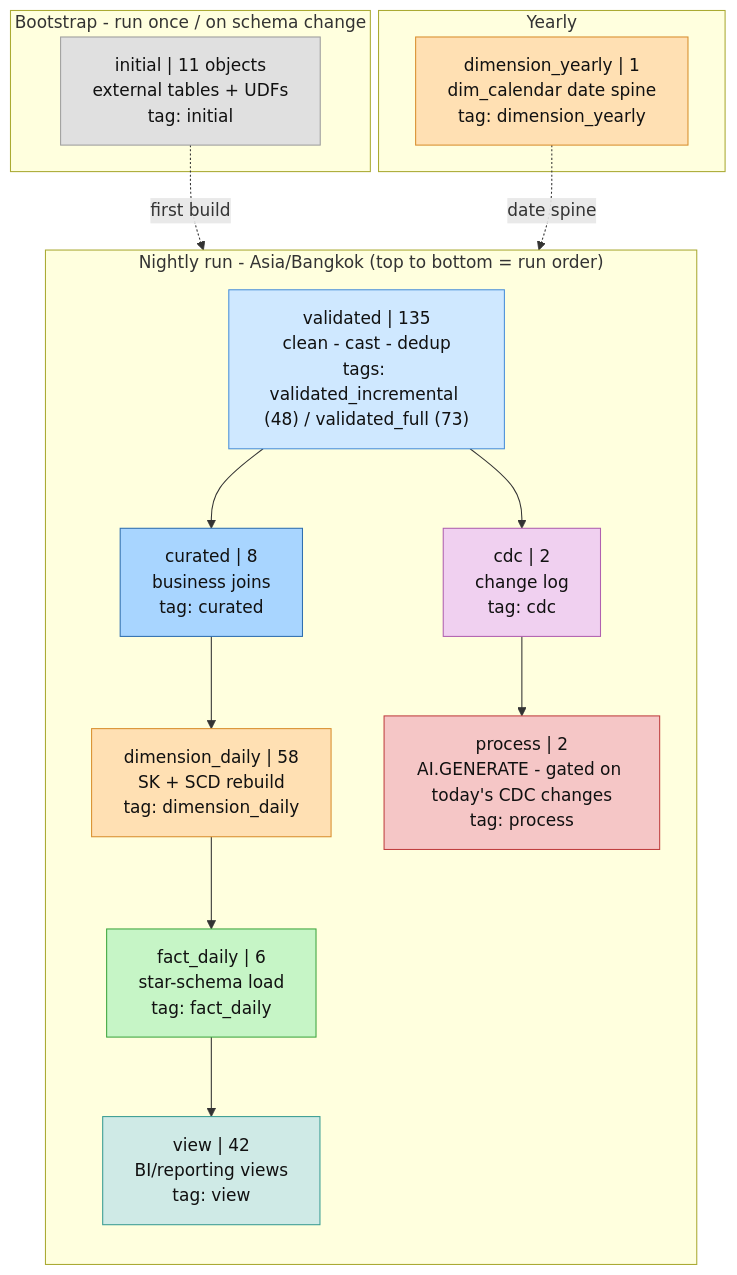
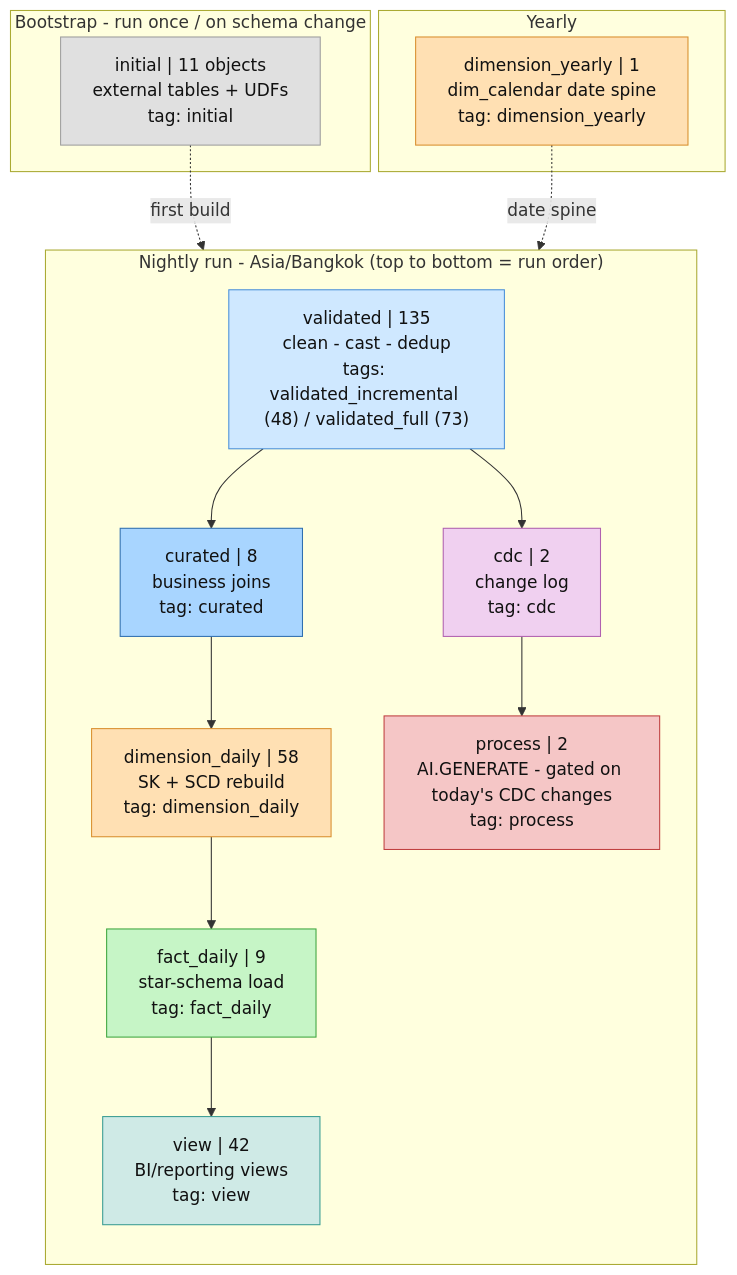
Before and after one commit to warayut-ALL-IN-AI/data-buffet: the second of 6 diagrams in document/diagrams/pipeline_lineage.md, drawn with Mermaid. The commit also changed other lines of this file and 2 other files, not shown here.

````diff
--- a/document/diagrams/pipeline_lineage.md
+++ b/document/diagrams/pipeline_lineage.md
@@ -73,43 +73,43 @@
 ```mermaid
 flowchart TB
   subgraph boot["Bootstrap - run once / on schema change"]
     I["initial | 11 objects<br/>external tables + UDFs<br/>tag: initial"]
   end
 
   subgraph nightly["Nightly run - Asia/Bangkok (top to bottom = run order)"]
     direction TB
     V["validated | 135<br/>clean - cast - dedup<br/>tags: validated_incremental (48) / validated_full (73)"]
     C["curated | 8<br/>business joins<br/>tag: curated"]
     D["dimension_daily | 58<br/>SK + SCD rebuild<br/>tag: dimension_daily"]
-    Fd["fact_daily | 6<br/>star-schema load<br/>tag: fact_daily"]
+    Fd["fact_daily | 9<br/>star-schema load<br/>tag: fact_daily"]
     Vw["view | 42<br/>BI/reporting views<br/>tag: view"]
     CDC["cdc | 2<br/>change log<br/>tag: cdc"]
     P["process | 2<br/>AI.GENERATE - gated on today's CDC changes<br/>tag: process"]
     V --> C --> D --> Fd --> Vw
     V --> CDC --> P
   end
 
   subgraph yearly["Yearly"]
     Dy["dimension_yearly | 1<br/>dim_calendar date spine<br/>tag: dimension_yearly"]
   end
 
   I -.->|first build| V
   Dy -.->|date spine| D
 
   classDef boot fill:#e0e0e0,stroke:#9e9e9e,color:#111;
   classDef val fill:#cfe8ff,stroke:#4a90d9,color:#111;
   classDef cur fill:#a8d5ff,stroke:#2f6fb0,color:#111;
   classDef dim fill:#ffe0b3,stroke:#d98f2f,color:#111;
   classDef fct fill:#c6f5c6,stroke:#3fa63f,color:#111;
   classDef vw fill:#cfeae6,stroke:#3a9d94,color:#111;
   classDef cdc fill:#f0d0f0,stroke:#b060b0,color:#111;
   classDef proc fill:#f5c6c6,stroke:#c04040,color:#111;
   class I boot;
   class V val;
   class C cur;
   class D,Dy dim;
   class Fd fct;
   class Vw vw;
   class CDC cdc;
   class P proc;
 ```
````
